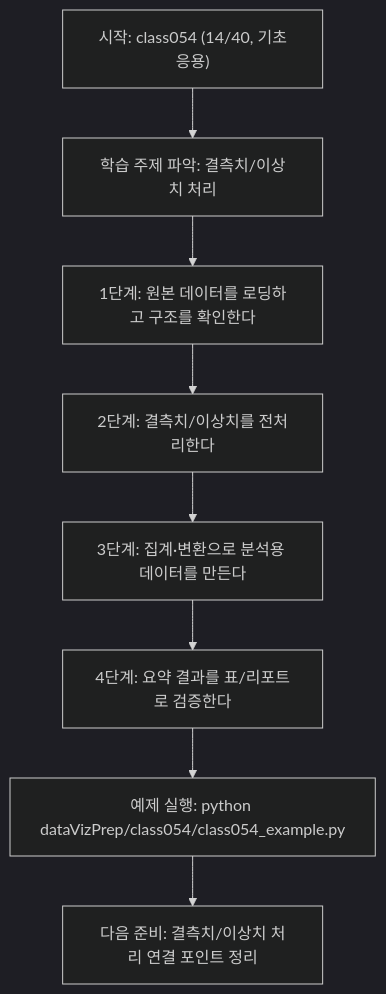
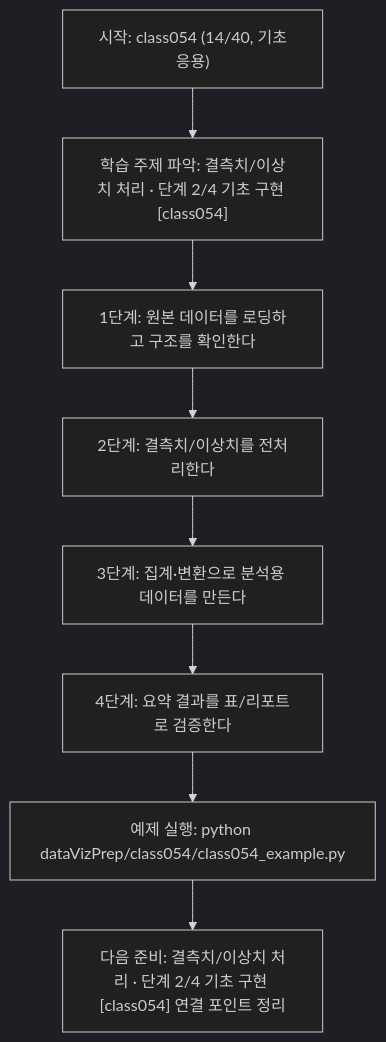
The diagram in dataVizPrep/class054/class054.md (edumgt/Python-AI_Agent-Class), drawn with Mermaid (dark theme) before and after one commit. The commit also changed other lines of this file and 522 other files, not shown here.

````diff
--- a/dataVizPrep/class054/class054.md
+++ b/dataVizPrep/class054/class054.md
@@ -110,18 +111,18 @@
 ```mermaid
 flowchart TD
 N1["시작: class054 (14/40, 기초응용)"]
-N2["학습 주제 파악: 결측치/이상치 처리"]
+N2["학습 주제 파악: 결측치/이상치 처리 · 단계 2/4 기초 구현 [class054]"]
 N3["1단계: 원본 데이터를 로딩하고 구조를 확인한다"]
 N4["2단계: 결측치/이상치를 전처리한다"]
 N5["3단계: 집계·변환으로 분석용 데이터를 만든다"]
 N6["4단계: 요약 결과를 표/리포트로 검증한다"]
 N7["예제 실행: python dataVizPrep/class054/class054_example.py"]
-N8["다음 준비: 결측치/이상치 처리 연결 포인트 정리"]
+N8["다음 준비: 결측치/이상치 처리 · 단계 2/4 기초 구현 [class054] 연결 포인트 정리"]
 N1 --> N2
 N2 --> N3
 N3 --> N4
 N4 --> N5
 N5 --> N6
 N6 --> N7
 N7 --> N8
 ```
````
